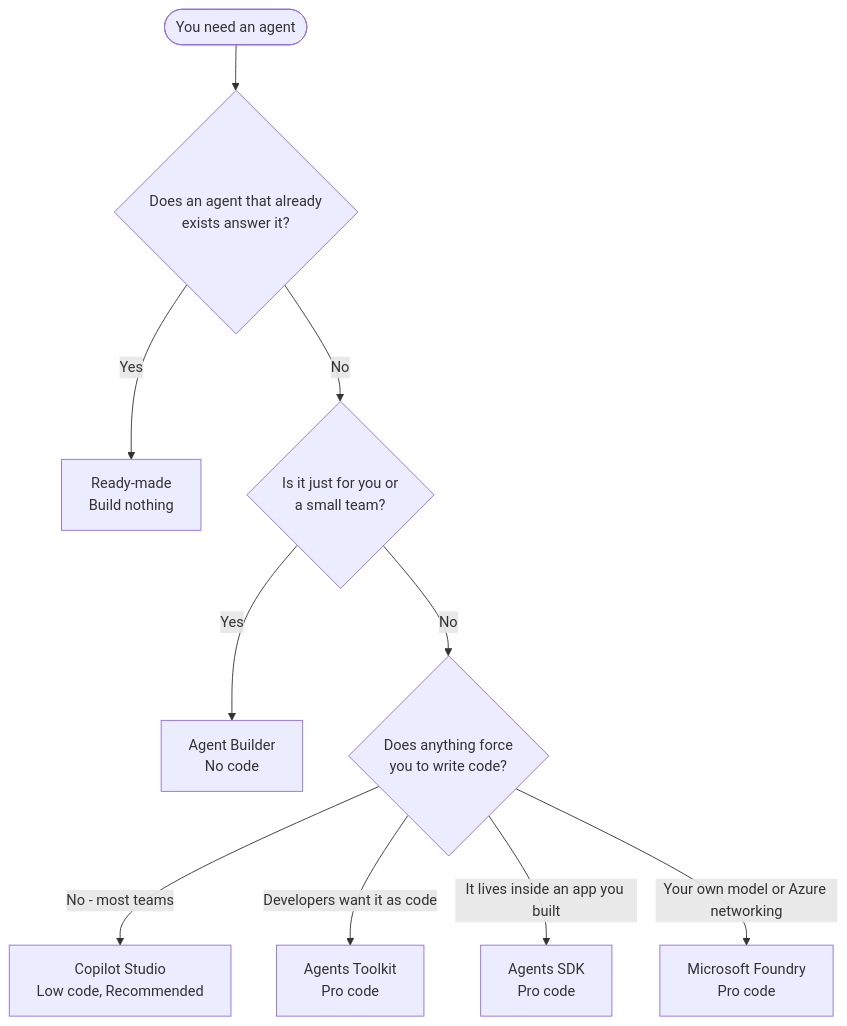
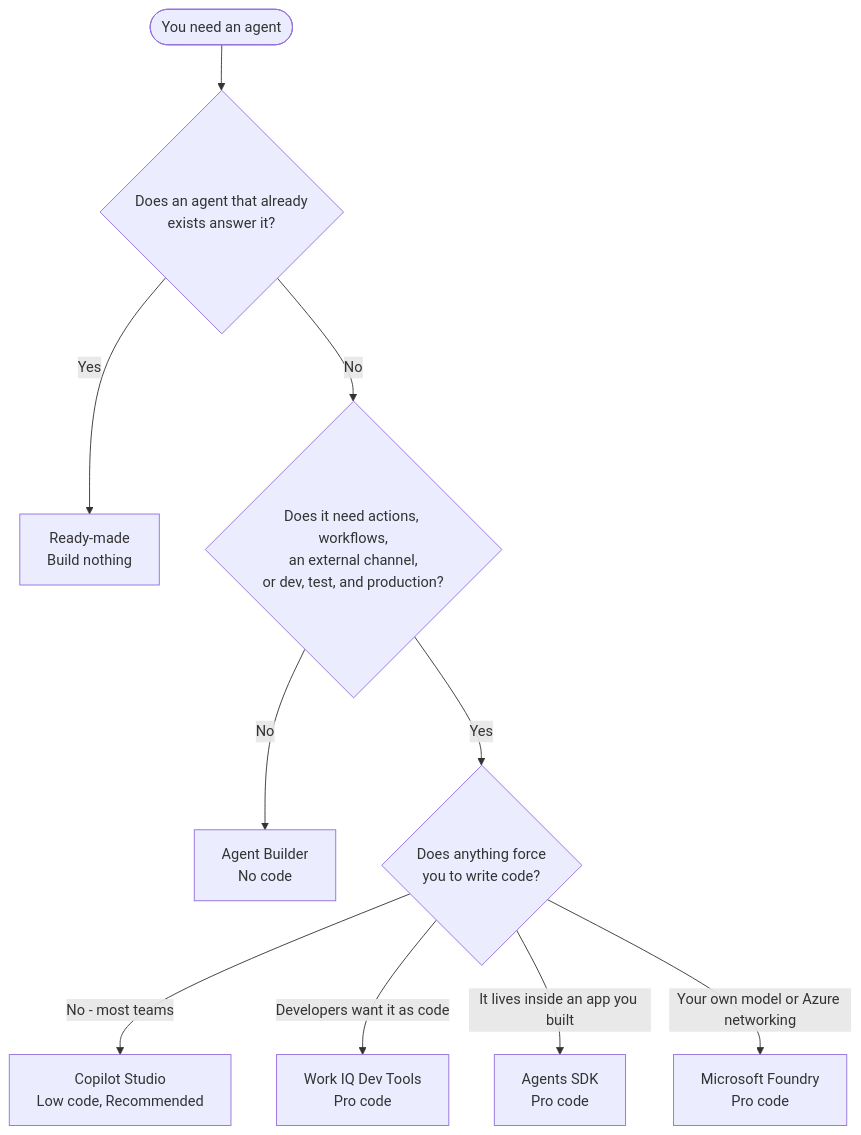
Before and after one commit to SSWConsulting/SSW.Rules.Content: the diagram in public/uploads/rules/ai-agent-platform/rule.mdx, drawn with Mermaid. The commit also changed other lines of this file, not shown here.

First line of the commit message:
Address review: choose by capability, Work IQ Dev Tools, permission exceptions

````diff
--- a/public/uploads/rules/ai-agent-platform/rule.mdx
+++ b/public/uploads/rules/ai-agent-platform/rule.mdx
@@ -50,12 +50,12 @@
 ```mermaid
 flowchart TD
     Start(["You need an agent"]) --> Q0{"Does an agent that already<br>exists answer it?"}
     Q0 -->|Yes| RM["Ready-made<br>Build nothing"]
-    Q0 -->|No| Q1{"Is it just for you or<br>a small team?"}
-    Q1 -->|Yes| AB["Agent Builder<br>No code"]
-    Q1 -->|No| Q2{"Does anything force<br>you to write code?"}
+    Q0 -->|No| Q1{"Does it need actions, workflows,<br>an external channel,<br>or dev, test, and production?"}
+    Q1 -->|No| AB["Agent Builder<br>No code"]
+    Q1 -->|Yes| Q2{"Does anything force<br>you to write code?"}
     Q2 -->|"No - most teams"| CS["Copilot Studio<br>Low code, Recommended"]
-    Q2 -->|"Developers want it as code"| TK["Agents Toolkit<br>Pro code"]
+    Q2 -->|"Developers want it as code"| TK["Work IQ Dev Tools<br>Pro code"]
     Q2 -->|"It lives inside an app you built"| SDK["Agents SDK<br>Pro code"]
     Q2 -->|"Your own model or Azure networking"| FD["Microsoft Foundry<br>Pro code"]
 ```
````
